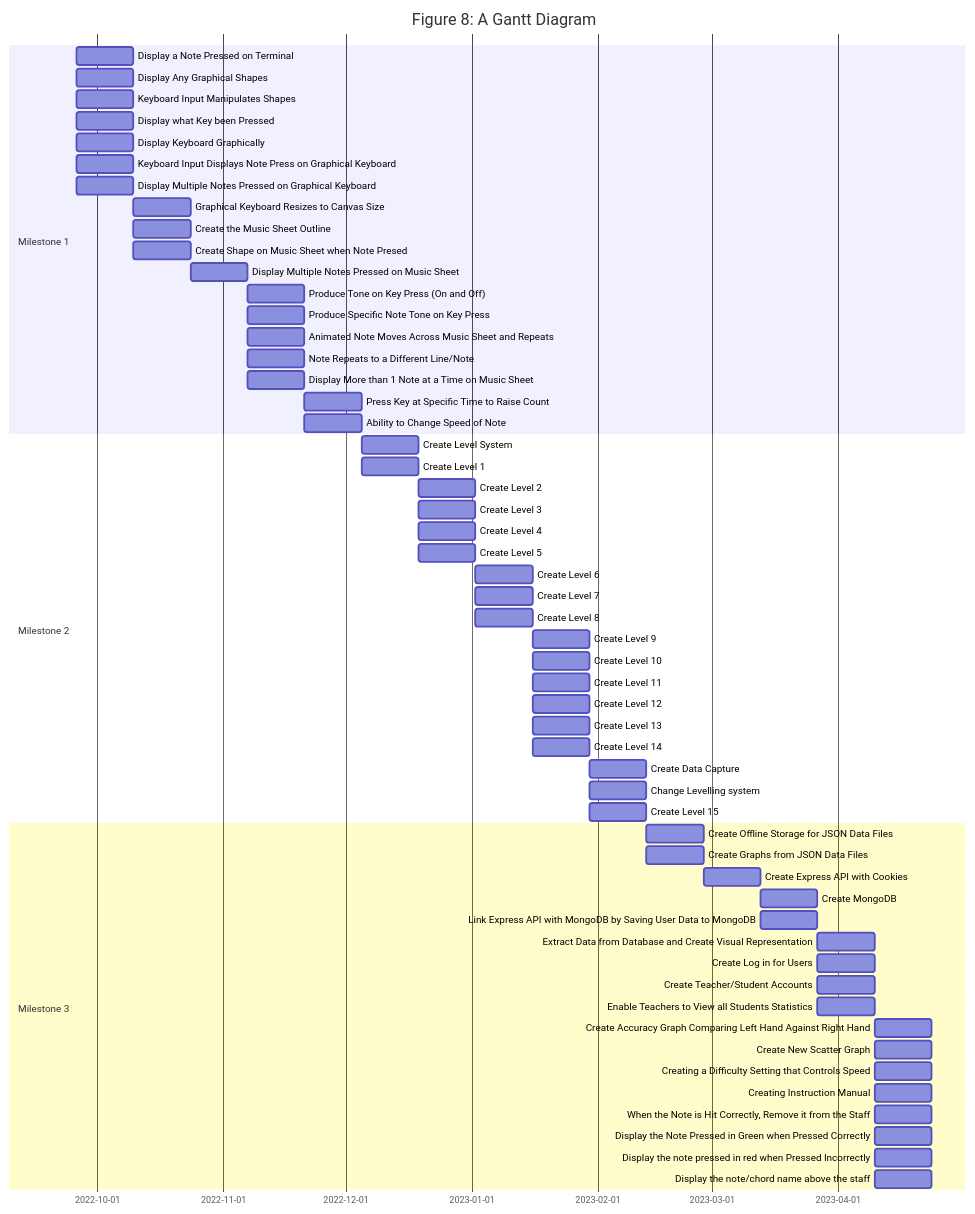
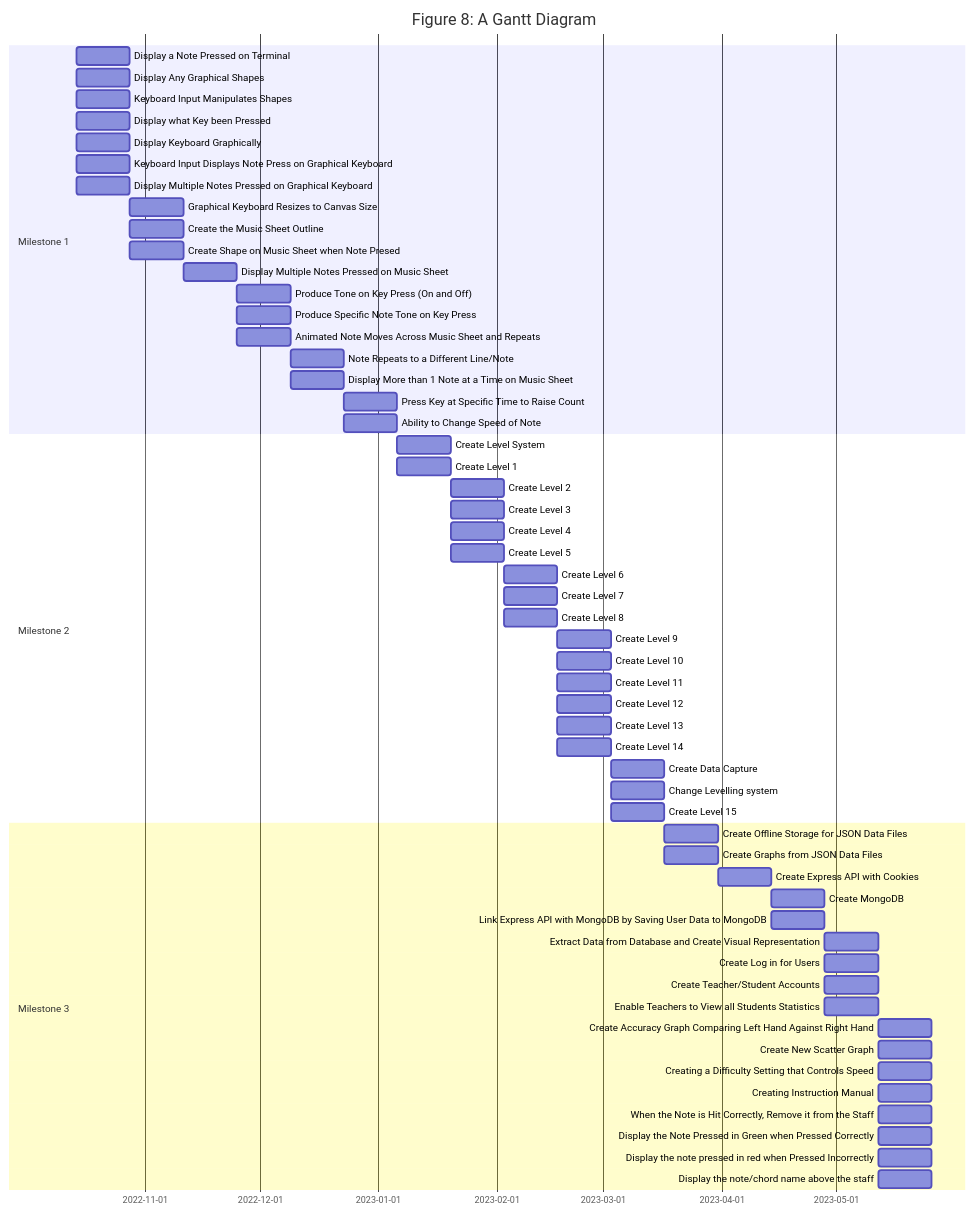
The diagram in Documentation.md (KieranBest/Final-Year-Project), drawn with Mermaid before and after one commit. The commit also changed other lines of this file and 3 other files, not shown here.

````diff
--- a/Documentation.md
+++ b/Documentation.md
@@ -295,65 +298,65 @@
 ```mermaid
 gantt
     title Figure 8: A Gantt Diagram
     dateFormat  YYYY-MM-DD
 
     section Milestone 1
-    Display a Note Pressed on Terminal                        :a1, 2022-09-26, 14d
-    Display Any Graphical Shapes                              :a1, 2022-09-26, 14d
-    Keyboard Input Manipulates Shapes                         :a1, 2022-09-26, 14d
-    Display what Key been Pressed                             :a1, 2022-09-26, 14d
-    Display Keyboard Graphically                              :a1, 2022-09-26, 14d
-    Keyboard Input Displays Note Press on Graphical Keyboard  :a1, 2022-09-26, 14d
-    Display Multiple Notes Pressed on Graphical Keyboard      :a1, 2022-09-26, 14d
+    Display a Note Pressed on Terminal                        :a1, 2022-10-14, 14d
+    Display Any Graphical Shapes                              :a1, 2022-10-14, 14d
+    Keyboard Input Manipulates Shapes                         :a1, 2022-10-14, 14d
+    Display what Key been Pressed                             :a1, 2022-10-14, 14d
+    Display Keyboard Graphically                              :a1, 2022-10-14, 14d
+    Keyboard Input Displays Note Press on Graphical Keyboard  :a1, 2022-10-14, 14d
+    Display Multiple Notes Pressed on Graphical Keyboard      :a1, 2022-10-14, 14d
     Graphical Keyboard Resizes to Canvas Size                 :a2, after a1, 14d
     Create the Music Sheet Outline                            :a2, after a1, 14d
     Create Shape on Music Sheet when Note Presed              :a2, after a1, 14d
     Display Multiple Notes Pressed on Music Sheet             :a3, after a2, 14d
     Produce Tone on Key Press (On and Off)                    :a4, after a3, 14d
     Produce Specific Note Tone on Key Press                   :a4, after a3, 14d
     Animated Note Moves Across Music Sheet and Repeats        :a4, after a3, 14d
-    Note Repeats to a Different Line/Note                     :a4, after a3, 14d
-    Display More than 1 Note at a Time on Music Sheet       :a4, after a3, 14d
-    Press Key at Specific Time to Raise Count                 :a5, after a4, 14d
-    Ability to Change Speed of Note                           :a5, after a4, 14d
+    Note Repeats to a Different Line/Note                     :a5, after a4, 14d
+    Display More than 1 Note at a Time on Music Sheet         :a5, after a4, 14d
+    Press Key at Specific Time to Raise Count                 :a6, after a5, 14d
+    Ability to Change Speed of Note                           :a6, after a5, 14d
 
     section Milestone 2
-    Create Level System                                       :a6, after a5, 14d
-    Create Level 1                                            :a6, after a5, 14d
-    Create Level 2                                            :a7, after a6, 14d
-    Create Level 3                                            :a7, after a6, 14d
-    Create Level 4                                            :a7, after a6, 14d
-    Create Level 5                                            :a7, after a6, 14d
-    Create Level 6                                            :a8, after a7, 14d
-    Create Level 7                                            :a8, after a7, 14d
-    Create Level 8                                            :a8, after a7, 14d
-    Create Level 9                                            :a9, after a8, 14d
-    Create Level 10                                           :a9, after a8, 14d
-    Create Level 11                                           :a9, after a8, 14d
-    Create Level 12                                           :a9, after a8, 14d
-    Create Level 13                                           :a9, after a8, 14d
-    Create Level 14                                           :a9, after a8, 14d
-    Create Data Capture                                       :a10, after a9, 14d
-    Change Levelling system                                   :a10, after a9, 14d
-    Create Level 15                                           :a10, after a9, 14d
+    Create Level System                                       :a7, after a6, 14d
+    Create Level 1                                            :a7, after a6, 14d
+    Create Level 2                                            :a8, after a7, 14d
+    Create Level 3                                            :a8, after a7, 14d
+    Create Level 4                                            :a8, after a7, 14d
+    Create Level 5                                            :a8, after a7, 14d
+    Create Level 6                                            :a9, after a8, 14d
+    Create Level 7                                            :a9, after a8, 14d
+    Create Level 8                                            :a9, after a8, 14d
+    Create Level 9                                            :a10, after a9, 14d
+    Create Level 10                                           :a10, after a9, 14d
+    Create Level 11                                           :a10, after a9, 14d
+    Create Level 12                                           :a10, after a9, 14d
+    Create Level 13                                           :a10, after a9, 14d
+    Create Level 14                                           :a10, after a9, 14d
+    Create Data Capture                                       :a11, after a10, 14d
+    Change Levelling system                                   :a11, after a10, 14d
+    Create Level 15                                           :a11, after a10, 14d
 
     section Milestone 3
-    Create Offline Storage for JSON Data Files                :a11, after a10, 14d
-    Create Graphs from JSON Data Files                        :a11, after a10, 14d
-    Create Express API with Cookies                           :a12, after a11, 14d
-    Create MongoDB                                            :a13, after a12, 14d
-    Link Express API with MongoDB by Saving User Data to MongoDB  :a13, after a12, 14d
-    Extract Data from Database and Create Visual Representation   :a14, after a13, 14d
-    Create Log in for Users                                       :a14, after a13, 14d
-    Create Teacher/Student Accounts                               :a14, after a13, 14d
-    Enable Teachers to View all Students Statistics               :a14, after a13, 14d
-    Create Accuracy Graph Comparing Left Hand Against Right Hand  :a15, after a14, 14d
-    Create New Scatter Graph                                      :a15, after a14, 14d
-    Creating a Difficulty Setting that Controls Speed             :a15, after a14, 14d
-    Creating Instruction Manual                                   :a15, after a14, 14d
-    When the Note is Hit Correctly, Remove it from the Staff      :a15, after a14, 14d
-    Display the Note Pressed in Green when Pressed Correctly      :a15, after a14, 14d
-    Display the note pressed in red when Pressed Incorrectly      :a15, after a14, 14d
-    Display the note/chord name above the staff                   :a15, after a14, 14d
+    Create Offline Storage for JSON Data Files                    :a12, after a11, 14d
+    Create Graphs from JSON Data Files                            :a12, after a11, 14d
+    Create Express API with Cookies                               :a13, after a12, 14d
+    Create MongoDB                                                :a14, after a13, 14d
+    Link Express API with MongoDB by Saving User Data to MongoDB  :a14, after a13, 14d
+    Extract Data from Database and Create Visual Representation   :a15, after a14, 14d
+    Create Log in for Users                                       :a15, after a14, 14d
+    Create Teacher/Student Accounts                               :a15, after a14, 14d
+    Enable Teachers to View all Students Statistics               :a15, after a14, 14d
+    Create Accuracy Graph Comparing Left Hand Against Right Hand  :a16, after a15, 14d
+    Create New Scatter Graph                                      :a16, after a15, 14d
+    Creating a Difficulty Setting that Controls Speed             :a16, after a15, 14d
+    Creating Instruction Manual                                   :a16, after a15, 14d
+    When the Note is Hit Correctly, Remove it from the Staff      :a16, after a15, 14d
+    Display the Note Pressed in Green when Pressed Correctly      :a16, after a15, 14d
+    Display the note pressed in red when Pressed Incorrectly      :a16, after a15, 14d
+    Display the note/chord name above the staff                   :a16, after a15, 14d
 
 ```
````
